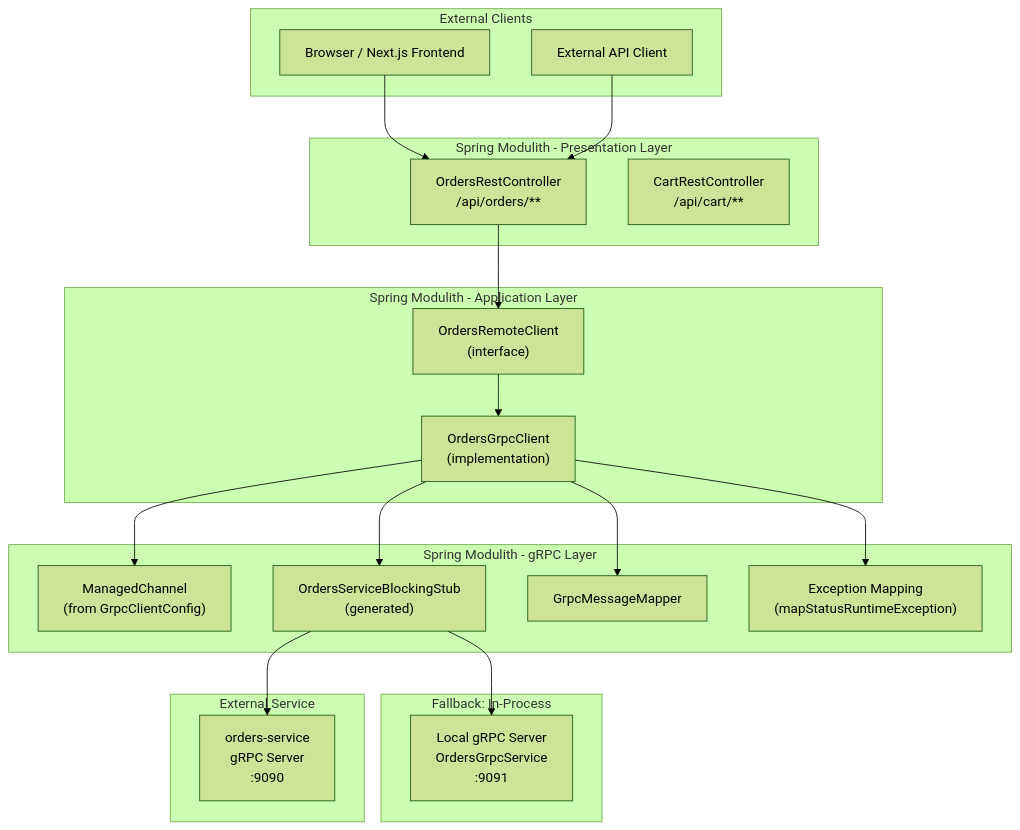
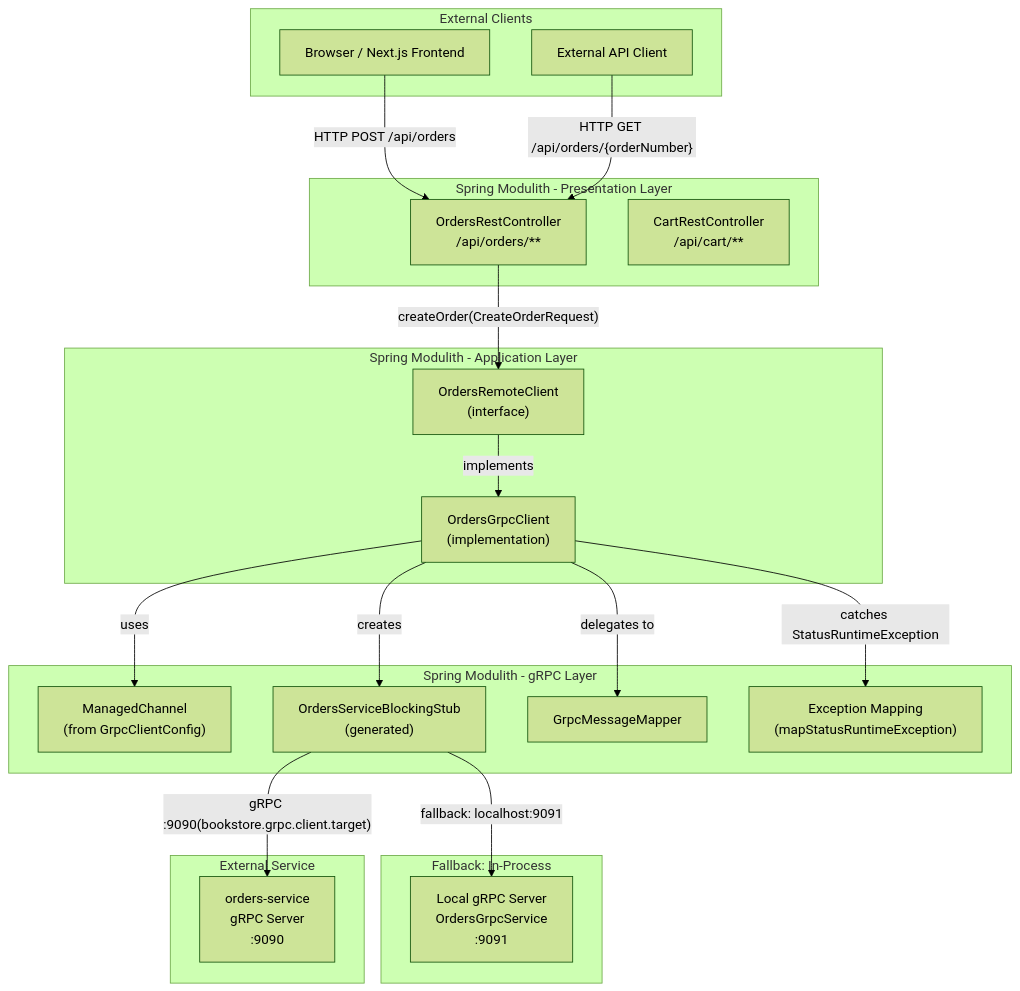
Before and after one commit to philipz/spring-modular-monolith: the first of 4 diagrams in docs/deepwiki/Integration-with-Monolith.md, drawn with Mermaid (forest theme). The commit also changed other lines of this file and 55 other files, not shown here.

````diff
--- a/docs/deepwiki/Integration-with-Monolith.md
+++ b/docs/deepwiki/Integration-with-Monolith.md
@@ -36,57 +36,57 @@
 ```mermaid
 flowchart TD
 
 Browser["Browser / Next.js Frontend"]
 APIClient["External API Client"]
 OrdersRestController["OrdersRestController<br>/api/orders/**"]
 CartRestController["CartRestController<br>/api/cart/**"]
 OrdersRemoteClient["OrdersRemoteClient<br>(interface)"]
 OrdersGrpcClient["OrdersGrpcClient<br>(implementation)"]
 ManagedChannel["ManagedChannel<br>(from GrpcClientConfig)"]
 OrdersServiceStub["OrdersServiceBlockingStub<br>(generated)"]
 GrpcMessageMapper["GrpcMessageMapper"]
 GrpcExceptionMapper["Exception Mapping<br>(mapStatusRuntimeException)"]
 OrdersServiceGrpc["orders-service<br>gRPC Server<br>:9090"]
 LocalGrpcServer["Local gRPC Server<br>OrdersGrpcService<br>:9091"]
 
-Browser --> OrdersRestController
-APIClient --> OrdersRestController
-OrdersRestController --> OrdersRemoteClient
-OrdersGrpcClient --> ManagedChannel
-OrdersGrpcClient --> OrdersServiceStub
-OrdersGrpcClient --> GrpcMessageMapper
-OrdersGrpcClient --> GrpcExceptionMapper
-OrdersServiceStub --> OrdersServiceGrpc
-OrdersServiceStub --> LocalGrpcServer
+Browser -->|"HTTP POST /api/orders"| OrdersRestController
+APIClient -->|"HTTP GET /api/orders/{orderNumber}"| OrdersRestController
+OrdersRestController -->|"createOrder(CreateOrderRequest)"| OrdersRemoteClient
+OrdersGrpcClient -->|"uses"| ManagedChannel
+OrdersGrpcClient -->|"creates"| OrdersServiceStub
+OrdersGrpcClient -->|"delegates to"| GrpcMessageMapper
+OrdersGrpcClient -->|"catches StatusRuntimeException"| GrpcExceptionMapper
+OrdersServiceStub -->|"gRPC :9090(bookstore.grpc.client.target)"| OrdersServiceGrpc
+OrdersServiceStub -->|"fallback: localhost:9091"| LocalGrpcServer
 
 subgraph subGraph5 ["Fallback: In-Process"]
     LocalGrpcServer
 end
 
 subgraph subGraph4 ["External Service"]
     OrdersServiceGrpc
 end
 
 subgraph subGraph3 ["Spring Modulith - gRPC Layer"]
     ManagedChannel
     OrdersServiceStub
     GrpcMessageMapper
     GrpcExceptionMapper
 end
 
 subgraph subGraph2 ["Spring Modulith - Application Layer"]
     OrdersRemoteClient
     OrdersGrpcClient
-    OrdersRemoteClient --> OrdersGrpcClient
+    OrdersRemoteClient -->|"implements"| OrdersGrpcClient
 end
 
 subgraph subGraph1 ["Spring Modulith - Presentation Layer"]
     OrdersRestController
     CartRestController
 end
 
 subgraph subGraph0 ["External Clients"]
     Browser
     APIClient
 end
 ```
````
